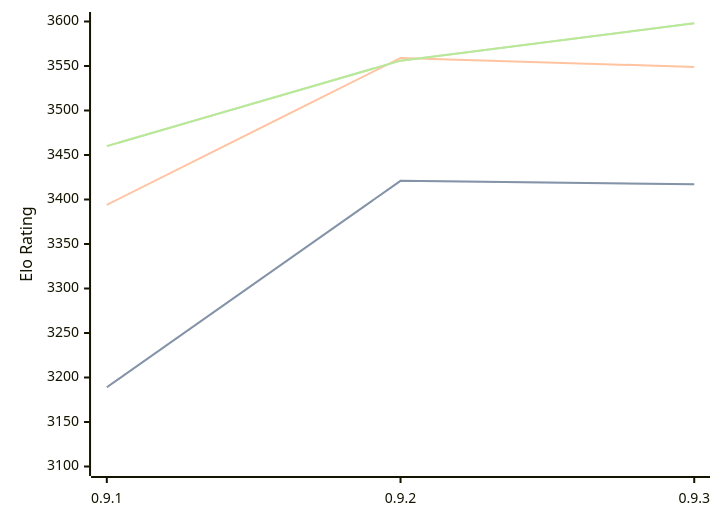
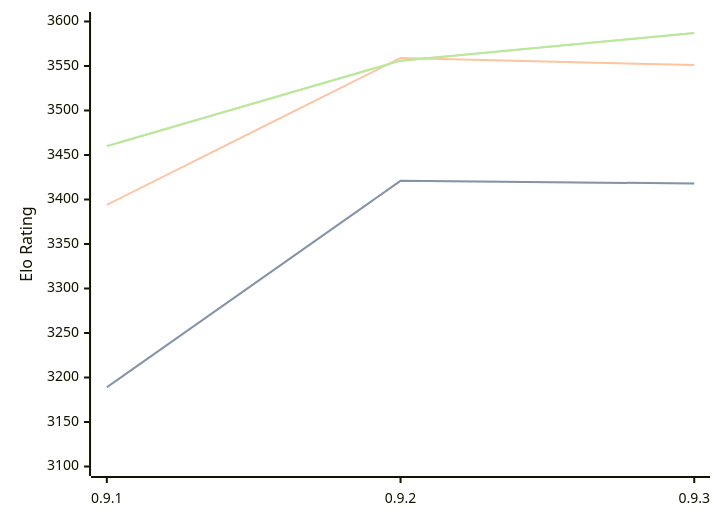
One commit to computer-chess-index/cci changed the diagram in engines/Coda.md. Above: the diagram before and after it, drawn with Mermaid. The commit also changed other lines of this file, not shown here.

Commit message:
Update CCI Ratings (ELO VLTC) - 2026-07-28

````diff
--- a/engines/Coda.md
+++ b/engines/Coda.md
@@ -33,11 +33,11 @@
 ```mermaid
 %%{init: {"theme":"base","themeVariables":{"seriesColors:['#a3a3a3','#222221','#faa371']}}}%%
 xychart-beta
   x-axis ["0.9.1", "0.9.2", "0.9.3"]
   y-axis "Elo Rating" 3100 --> 3600
-  line "STC (8.0+0.08s)" [3189, 3421, 3417]
-  line "STC (8.0+0.08s)" [3189, 3421, 3417]
-  line "LTC (60.0+0.60s)" [3394, 3559, 3549]
-  line "VLTC (2m24s+1.12s)" [3460, 3556, 3598]
-  line "VLTC (2m24s+1.12s)" [3460, 3556, 3598]
+  line "STC (8.0+0.08s)" [3189, 3421, 3418]
+  line "STC (8.0+0.08s)" [3189, 3421, 3418]
+  line "LTC (60.0+0.60s)" [3394, 3559, 3551]
+  line "VLTC (2m24s+1.12s)" [3460, 3556, 3587]
+  line "VLTC (2m24s+1.12s)" [3460, 3556, 3587]
 ```
````
